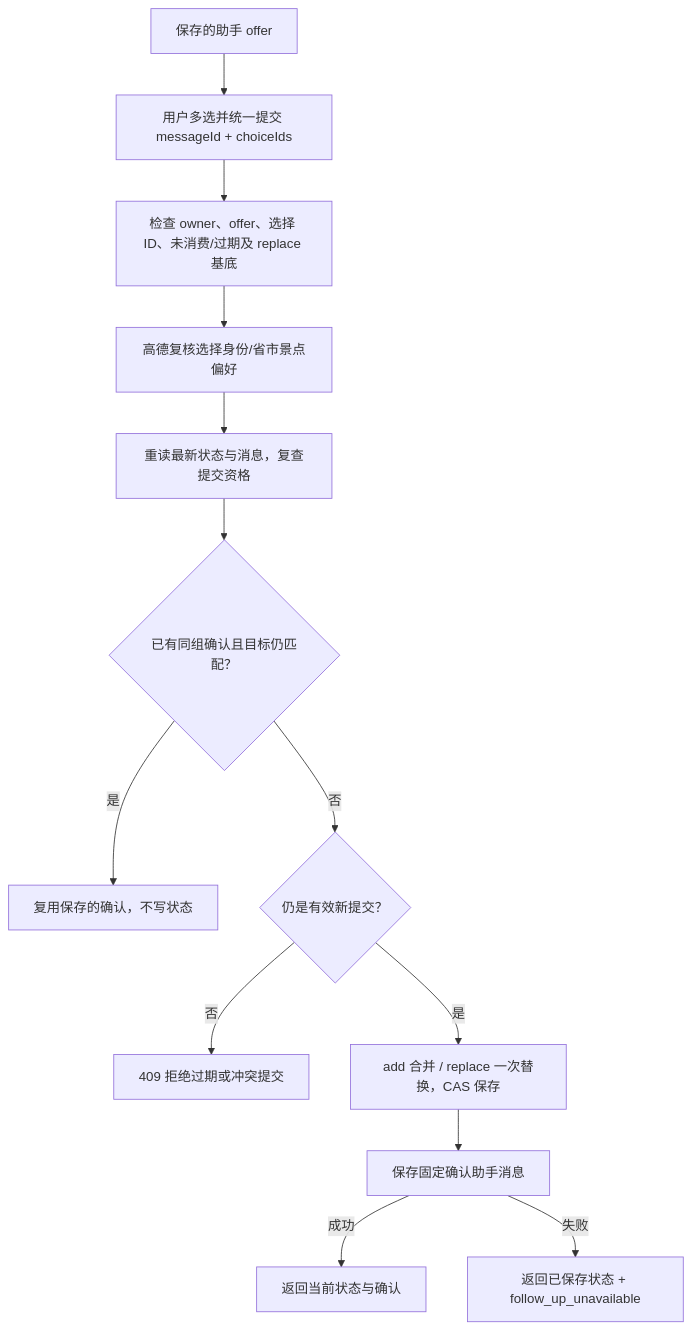
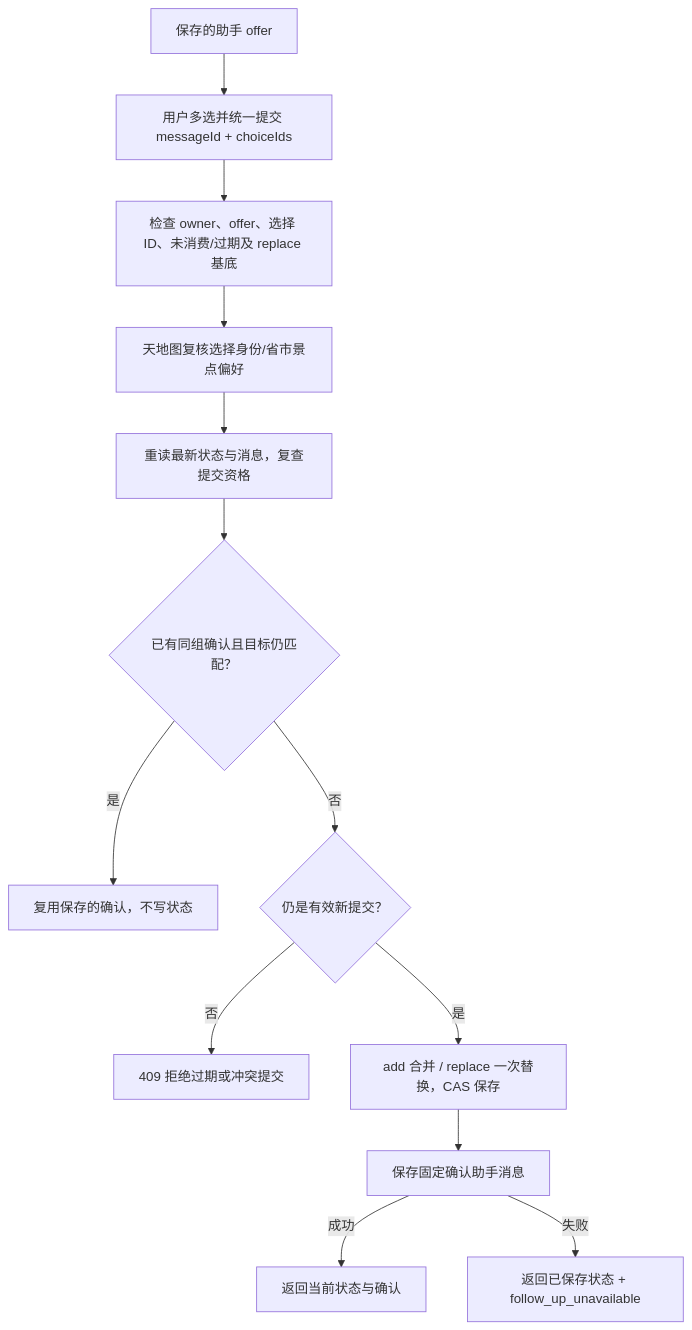
One commit to meiyulin22/Meri-Road-Trip changed the fifth of 6 diagrams in docs/ARCHITECTURE.md. Above: the diagram before and after it, drawn with Mermaid. The commit also changed other lines of this file and 61 other files, not shown here.

````diff
--- a/docs/ARCHITECTURE.md
+++ b/docs/ARCHITECTURE.md
@@ -213,15 +210,15 @@
 ```mermaid
 flowchart TD
   card[保存的助手 offer] --> pick[用户多选并统一提交 messageId + choiceIds]
   pick --> guard[检查 owner、offer、选择 ID、未消费/过期及 replace 基底]
-  guard --> verify[高德复核选择身份/省市景点偏好]
+  guard --> verify[天地图复核选择身份/省市景点偏好]
   verify --> fresh[重读最新状态与消息，复查提交资格]
   fresh --> same{已有同组确认且目标仍匹配？}
   same -->|是| reuse[复用保存的确认，不写状态]
   same -->|否| current{仍是有效新提交？}
   current -->|否| conflict[409 拒绝过期或冲突提交]
   current -->|是| cas[add 合并 / replace 一次替换，CAS 保存]
   cas --> followup[保存固定确认助手消息]
   followup -->|成功| done[返回当前状态与确认]
   followup -->|失败| partial[返回已保存状态 + follow_up_unavailable]
 ```
````
